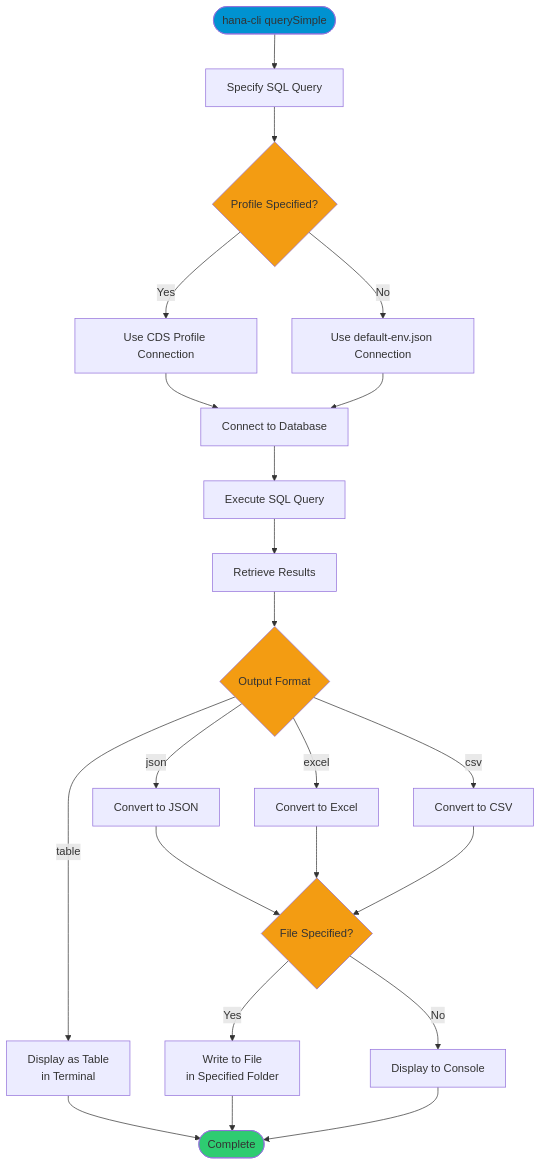
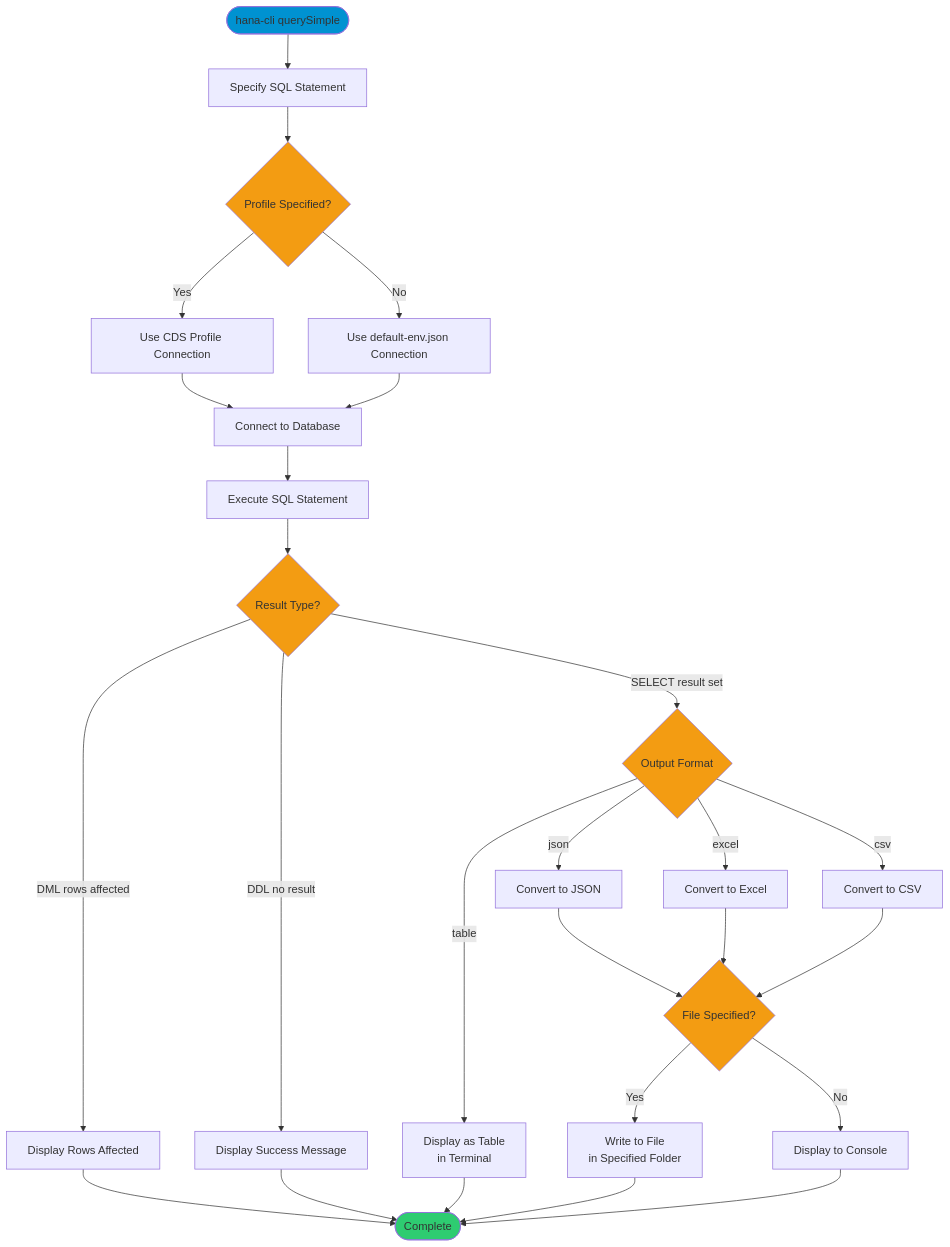
One commit to SAP-samples/hana-developer-cli-tool-example changed the diagram in docs/02-commands/developer-tools/query-simple.md. Above: the diagram before and after it, drawn with Mermaid. The commit also changed other lines of this file and 12 other files, not shown here.

First line of the commit message:
fix: querySimple exits 0 for DML/DDL statements (#137)

````diff
--- a/docs/02-commands/developer-tools/query-simple.md
+++ b/docs/02-commands/developer-tools/query-simple.md
@@ -24,38 +24,44 @@
 ```mermaid
 graph TD
-    Start([hana-cli querySimple]) --> QueryInput[Specify SQL Query]
+    Start([hana-cli querySimple]) --> QueryInput[Specify SQL Statement]
     QueryInput --> Profile{Profile Specified?}
     
     Profile -->|Yes| ProfileConn[Use CDS Profile Connection]
     Profile -->|No| DefaultConn[Use default-env.json Connection]
     
     ProfileConn --> Connect[Connect to Database]
     DefaultConn --> Connect
     
-    Connect --> ExecuteQuery[Execute SQL Query]
-    ExecuteQuery --> GetResults[Retrieve Results]
-    GetResults --> Format{Output Format}
+    Connect --> ExecuteSQL[Execute SQL Statement]
+    ExecuteSQL --> ResultType{Result Type?}
+    
+    ResultType -->|SELECT result set| Format{Output Format}
+    ResultType -->|DML rows affected| DMLOutput[Display Rows Affected]
+    ResultType -->|DDL no result| DDLOutput[Display Success Message]
     
     Format -->|table| TableDisplay[Display as Table<br/>in Terminal]
     Format -->|json| JSONFormat[Convert to JSON]
     Format -->|excel| ExcelFormat[Convert to Excel]
     Format -->|csv| CSVFormat[Convert to CSV]
     
-    TableDisplay --> Complete([Complete])
+    DMLOutput --> Complete([Complete])
+    DDLOutput --> Complete
+    TableDisplay --> Complete
     
     JSONFormat --> Output{File Specified?}
     ExcelFormat --> Output
     CSVFormat --> Output
     
     Output -->|Yes| WriteFile[Write to File<br/>in Specified Folder]
     Output -->|No| DisplayConsole[Display to Console]
     
     WriteFile --> Complete
     DisplayConsole --> Complete
     
     style Start fill:#0092d1
     style Complete fill:#2ecc71
     style Profile fill:#f39c12
     style Format fill:#f39c12
     style Output fill:#f39c12
+    style ResultType fill:#f39c12
 ```
````
